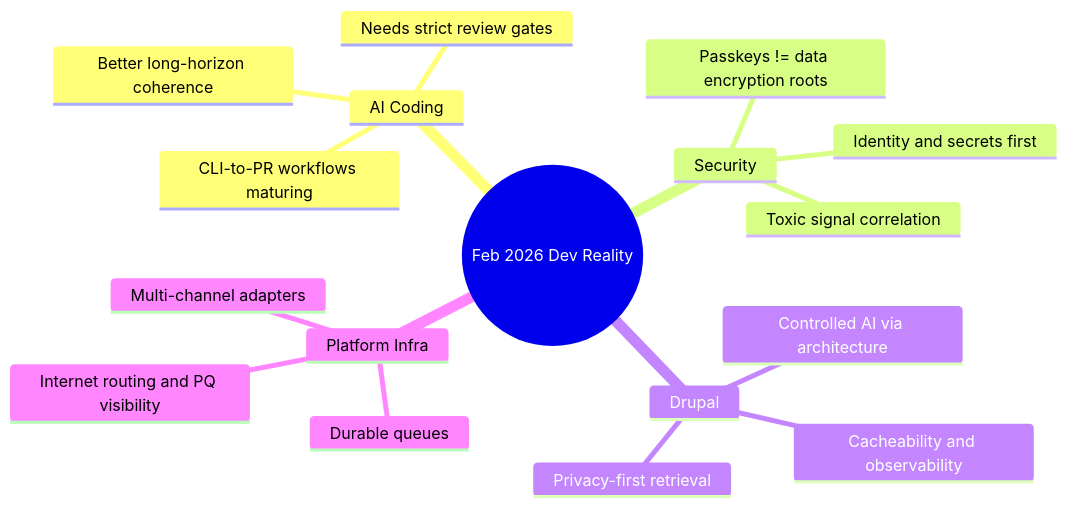
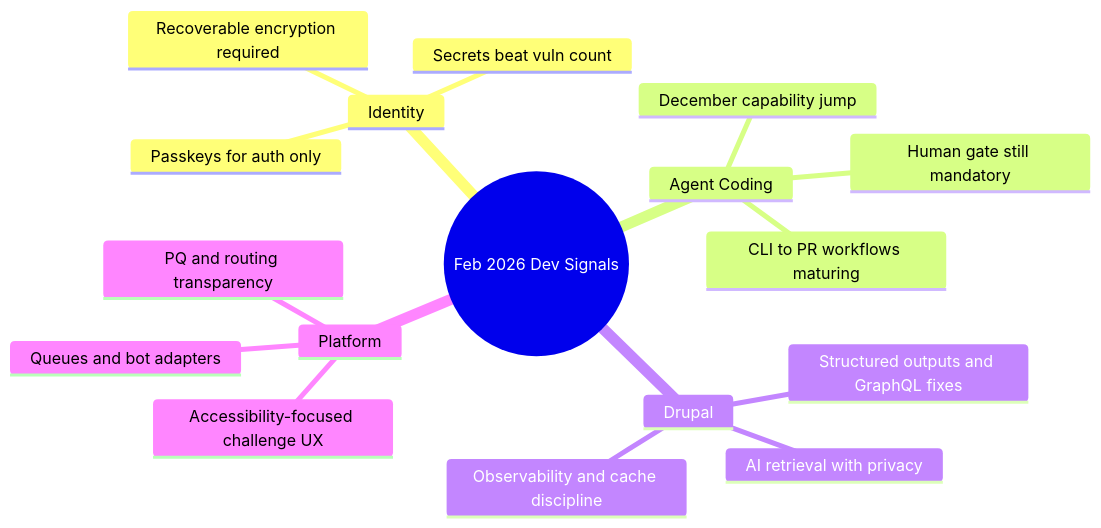
Before and after one commit to victorstack-ai/agent-blog: the diagram in blog/2026-02-28-please-please-please-stop-using-passkeys-for-encrypting-user.md, drawn with Mermaid. The commit also changed other lines of this file, not shown here.

Commit message:
Publish learning devlog: 2026-02-28-please-please-please-stop-using-passkeys-for-encrypting-user

````diff
--- a/blog/2026-02-28-please-please-please-stop-using-passkeys-for-encrypting-user.md
+++ b/blog/2026-02-28-please-please-please-stop-using-passkeys-for-encrypting-user.md
@@ -144,20 +182,20 @@
 ```mermaid
 mindmap
-  root((Feb 2026 Dev Reality))
-    AI Coding
-      Better long-horizon coherence
-      Needs strict review gates
-      CLI-to-PR workflows maturing
-    Security
-      Passkeys != data encryption roots
-      Toxic signal correlation
-      Identity and secrets first
+  root((Feb 2026 Dev Signals))
+    Identity
+      Passkeys for auth only
+      Recoverable encryption required
+      Secrets beat vuln count
+    Agent Coding
+      December capability jump
+      Human gate still mandatory
+      CLI to PR workflows maturing
     Drupal
-      Controlled AI via architecture
-      Cacheability and observability
-      Privacy-first retrieval
-    Platform Infra
-      Durable queues
-      Multi-channel adapters
-      Internet routing and PQ visibility
+      AI retrieval with privacy
+      Structured outputs and GraphQL fixes
+      Observability and cache discipline
+    Platform
+      Queues and bot adapters
+      Accessibility-focused challenge UX
+      PQ and routing transparency
 ```
````
